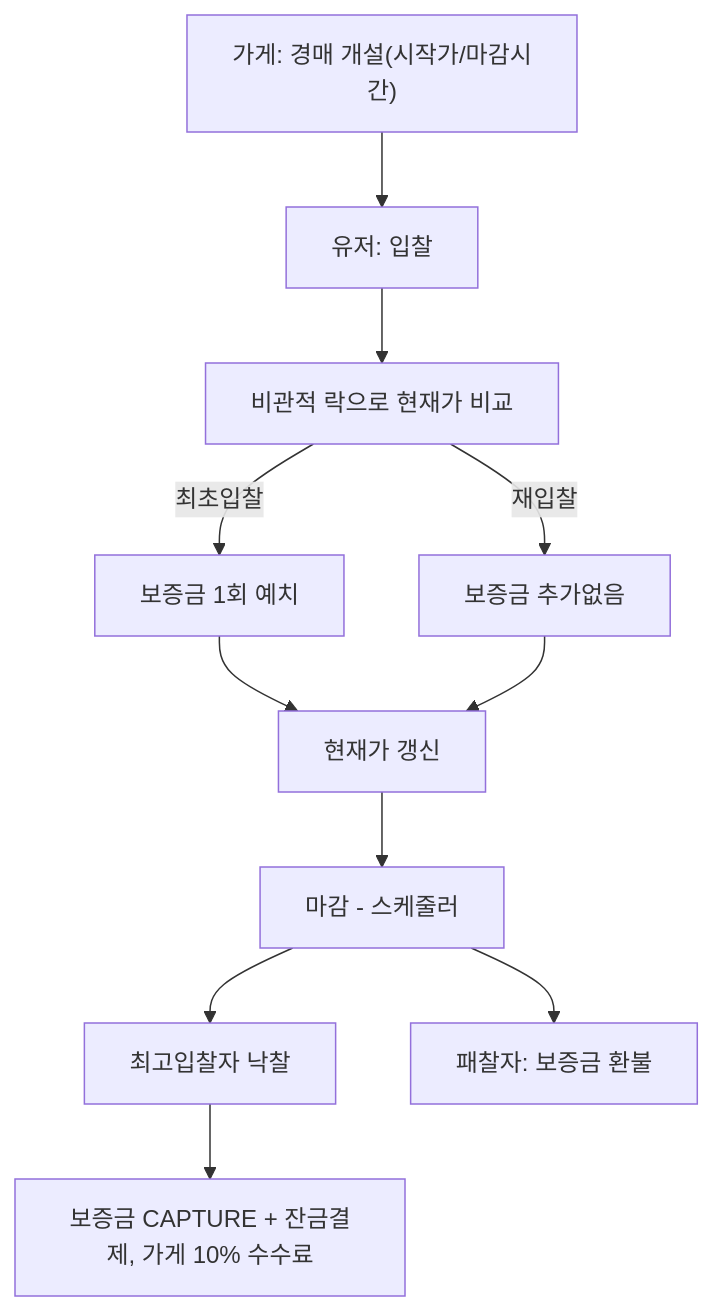
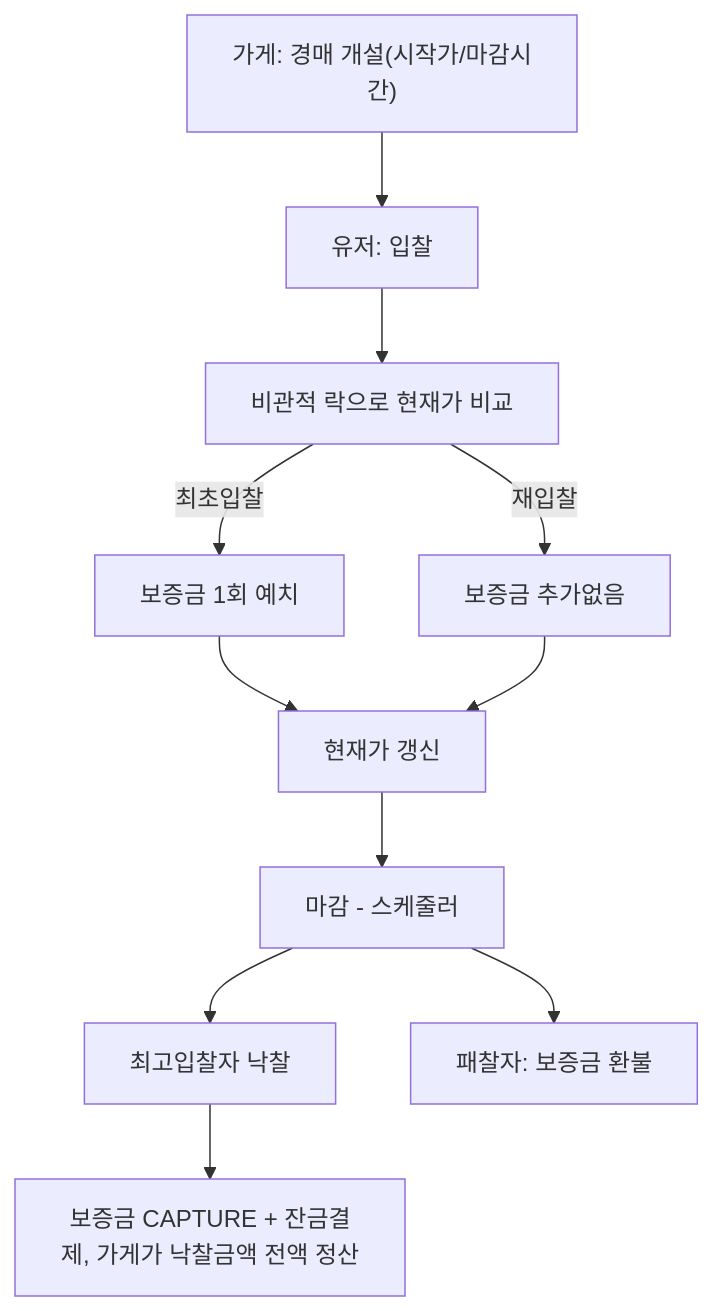
Before and after one commit to leeyonghee030/GoodsBridge: the fourth of 5 diagrams in docs/기획서.md, drawn with Mermaid. The commit also changed other lines of this file and 15 other files, not shown here.

````diff
--- a/docs/기획서.md
+++ b/docs/기획서.md
@@ -577,13 +577,13 @@
 ```mermaid
 flowchart TD
   A["가게: 경매 개설(시작가/마감시간)"] --> B[유저: 입찰]
   B --> C[비관적 락으로 현재가 비교]
   C -- 최초입찰 --> D[보증금 1회 예치]
   C -- 재입찰 --> E[보증금 추가없음]
   D --> F[현재가 갱신]
   E --> F
   F --> G[마감 - 스케줄러]
   G --> H[최고입찰자 낙찰]
-  H --> I["보증금 CAPTURE + 잔금결제, 가게 10% 수수료"]
+  H --> I["보증금 CAPTURE + 잔금결제, 가게가 낙찰금액 전액 정산"]
   G --> J[패찰자: 보증금 환불]
 ```
````
